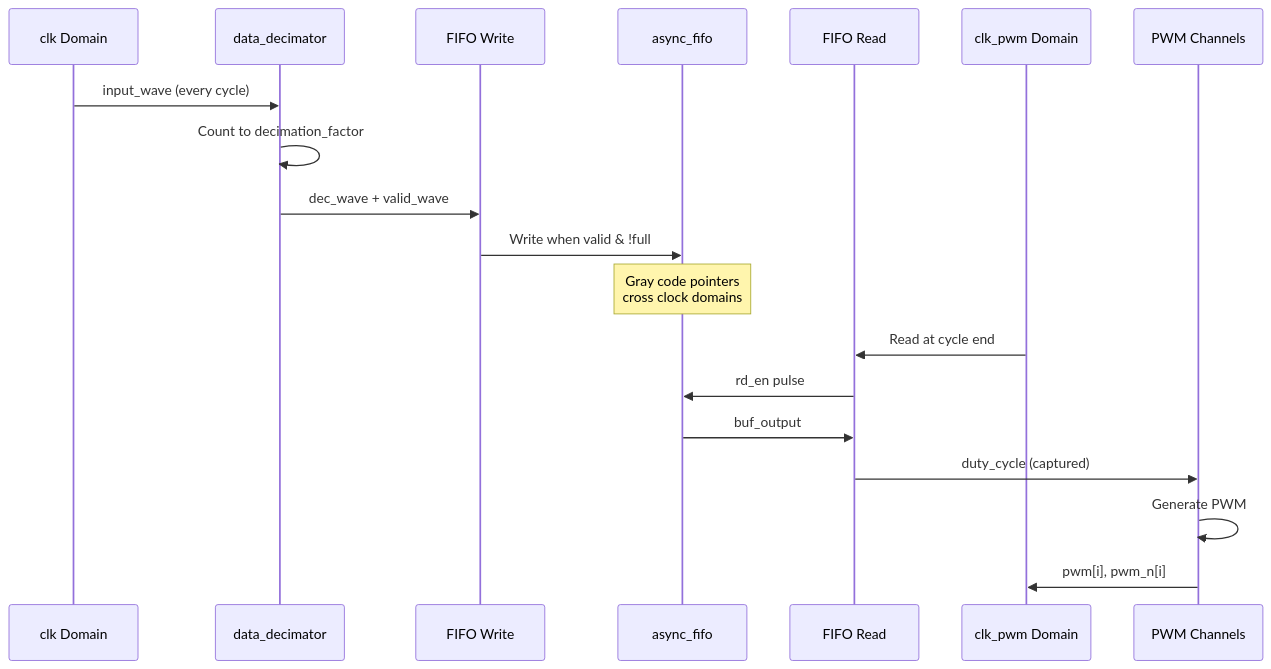
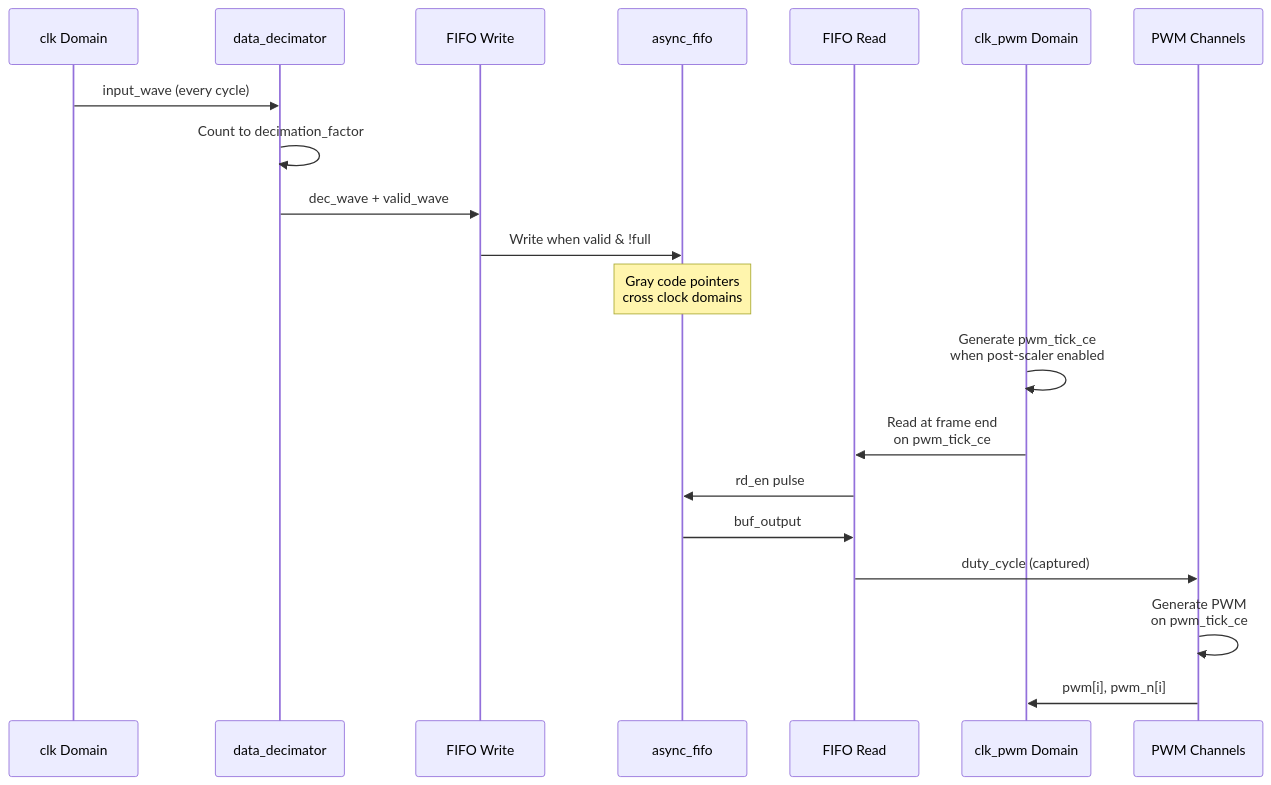
One commit to ekazakov1507/pwm_demo changed the sixth of 10 diagrams in docs/src/pwm/README.md. Above: the diagram before and after it, drawn with Mermaid. The commit also changed other lines of this file and 24 other files, not shown here.

Commit message:
Add buffered PWM clock post-scaler

````diff
--- a/docs/src/pwm/README.md
+++ b/docs/src/pwm/README.md
@@ -423,25 +425,26 @@
 ```mermaid
 sequenceDiagram
     participant CLK as clk Domain
     participant DEC as data_decimator
     participant WR as FIFO Write
     participant FIFO as async_fifo
     participant RD as FIFO Read
     participant PWM as clk_pwm Domain
     participant CH as PWM Channels
 
     CLK->>DEC: input_wave (every cycle)
     DEC->>DEC: Count to decimation_factor
     DEC->>WR: dec_wave + valid_wave
 
     WR->>FIFO: Write when valid & !full
     Note over FIFO: Gray code pointers<br/>cross clock domains
 
-    PWM->>RD: Read at cycle end
+    PWM->>PWM: Generate pwm_tick_ce<br/>when post-scaler enabled
+    PWM->>RD: Read at frame end<br/>on pwm_tick_ce
     RD->>FIFO: rd_en pulse
     FIFO->>RD: buf_output
 
     RD->>CH: duty_cycle (captured)
-    CH->>CH: Generate PWM
+    CH->>CH: Generate PWM<br/>on pwm_tick_ce
     CH->>PWM: pwm[i], pwm_n[i]
 ```
````
